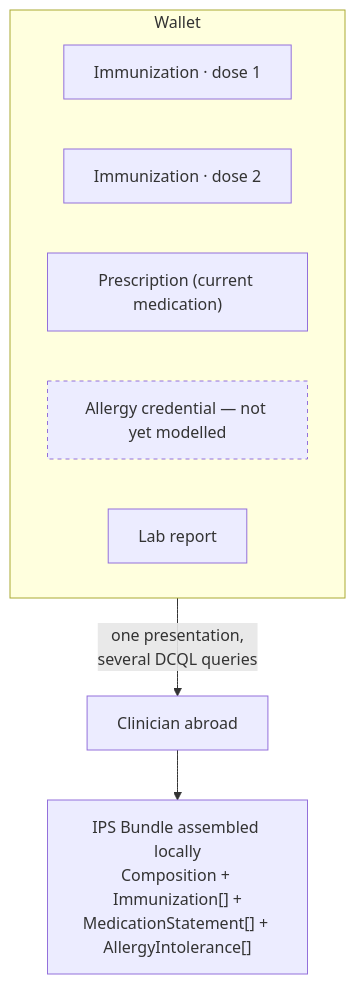
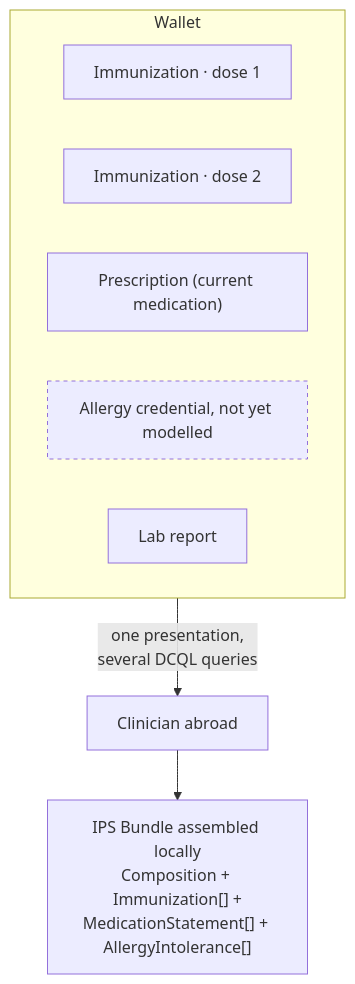
Before and after one commit to DIDAS-swiss/Trust-Flow-Diagram-Repository: the diagram in health/flows/F-08-patient-summary.md, drawn with Mermaid. The commit also changed other lines of this file and 24 other files, not shown here.

First line of the commit message:
Add the coverage survey and bring the flows up to the source repository

````diff
--- a/health/flows/F-08-patient-summary.md
+++ b/health/flows/F-08-patient-summary.md
@@ -44,13 +44,13 @@
 ```mermaid
 flowchart TB
     subgraph Wallet
         I1["Immunization · dose 1"]
         I2["Immunization · dose 2"]
         M["Prescription (current medication)"]
-        A["Allergy credential — not yet modelled"]
+        A["Allergy credential, not yet modelled"]
         L["Lab report"]
     end
     Wallet -->|one presentation,<br/>several DCQL queries| C["Clinician abroad"]
     C --> B["IPS Bundle assembled locally<br/>Composition + Immunization[] +<br/>MedicationStatement[] + AllergyIntolerance[]"]
     style A stroke-dasharray: 4 4
 ```
````
